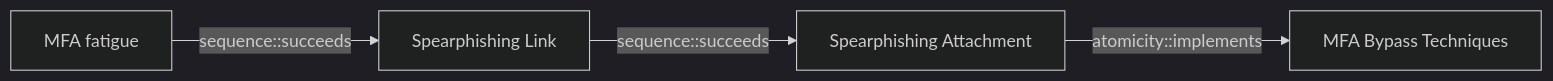
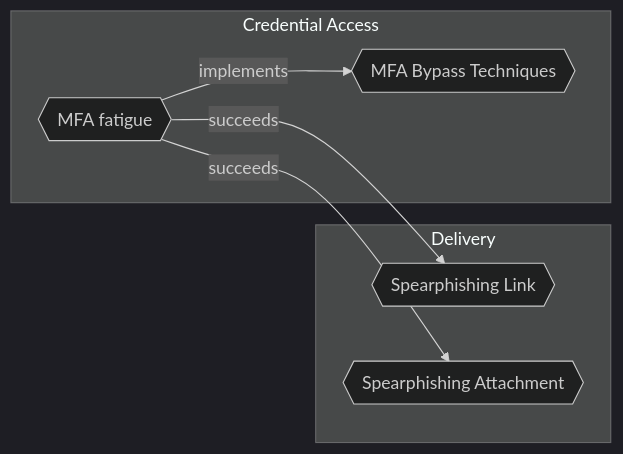
The diagram in docs/threats/mfa-fatigue.md (opentidehq/library), drawn with Mermaid (dark theme) before and after one commit. The commit also changed other lines of this file and 540 other files, not shown here.

````diff
--- a/docs/threats/mfa-fatigue.md
+++ b/docs/threats/mfa-fatigue.md
@@ -96,10 +113,14 @@
 ```mermaid
 flowchart LR
-56500aed_5dec_42a8_a275_f1392abac979["MFA fatigue"]
-1a68b5eb_0112_424d_a21f_88dda0b6b8df["Spearphishing Link"]
-dd5d942c_bac4_4000_b9a6_ca4fef6cfb84["Spearphishing Attachment"]
-4a807ac4_f764_41b1_ae6f_94239041d349["MFA Bypass Techniques"]
-56500aed_5dec_42a8_a275_f1392abac979 -->|sequence::succeeds| 1a68b5eb_0112_424d_a21f_88dda0b6b8df
-1a68b5eb_0112_424d_a21f_88dda0b6b8df -->|sequence::succeeds| dd5d942c_bac4_4000_b9a6_ca4fef6cfb84
-dd5d942c_bac4_4000_b9a6_ca4fef6cfb84 -->|atomicity::implements| 4a807ac4_f764_41b1_ae6f_94239041d349
+subgraph "Credential Access"
+56500aed_5dec_42a8_a275_f1392abac979{{"MFA fatigue"}}
+4a807ac4_f764_41b1_ae6f_94239041d349{{"MFA Bypass Techniques"}}
+end
+subgraph "Delivery"
+1a68b5eb_0112_424d_a21f_88dda0b6b8df{{"Spearphishing Link"}}
+dd5d942c_bac4_4000_b9a6_ca4fef6cfb84{{"Spearphishing Attachment"}}
+end
+56500aed_5dec_42a8_a275_f1392abac979 -->|succeeds| 1a68b5eb_0112_424d_a21f_88dda0b6b8df
+56500aed_5dec_42a8_a275_f1392abac979 -->|succeeds| dd5d942c_bac4_4000_b9a6_ca4fef6cfb84
+56500aed_5dec_42a8_a275_f1392abac979 -->|implements| 4a807ac4_f764_41b1_ae6f_94239041d349
 ```
````
